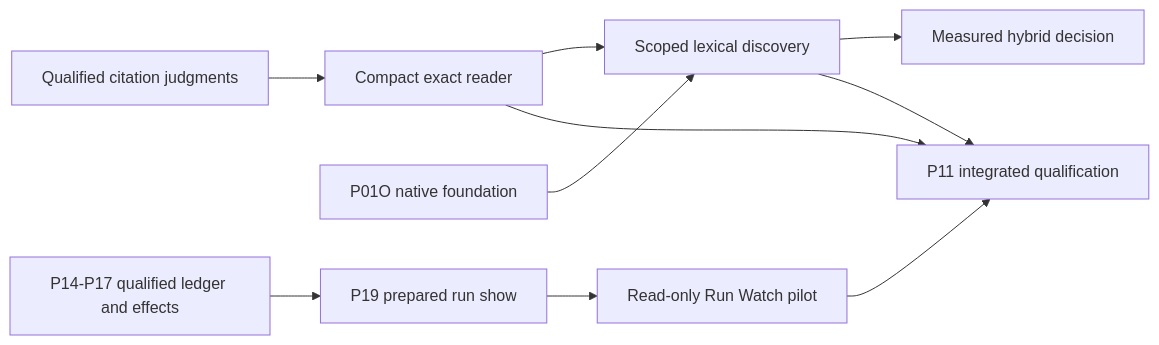
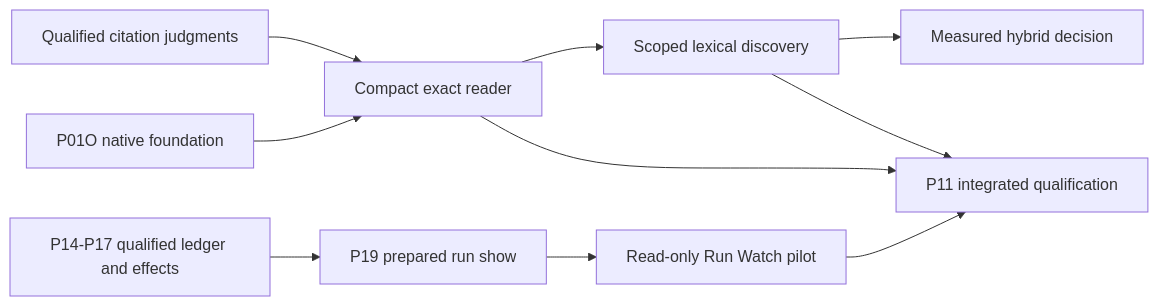
Before and after one commit to writfold-dev/writfold: the diagram in docs/writfold/revision-9-features.md, drawn with Mermaid. The commit also changed other lines of this file and 70 other files, not shown here.

````diff
--- a/docs/writfold/revision-9-features.md
+++ b/docs/writfold/revision-9-features.md
@@ -205,12 +214,12 @@
 ```mermaid
 flowchart LR
     C[Qualified citation judgments] --> R[Compact exact reader]
     R --> L[Scoped lexical discovery]
-    N[P01O native foundation] --> L
+    N[P01O native foundation] --> R
     L --> H[Measured hybrid decision]
     E[P14-P17 qualified ledger and effects] --> S[P19 prepared run show]
     S --> T[Read-only Run Watch pilot]
     R --> Q[P11 integrated qualification]
     L --> Q
     T --> Q
 ```
````
